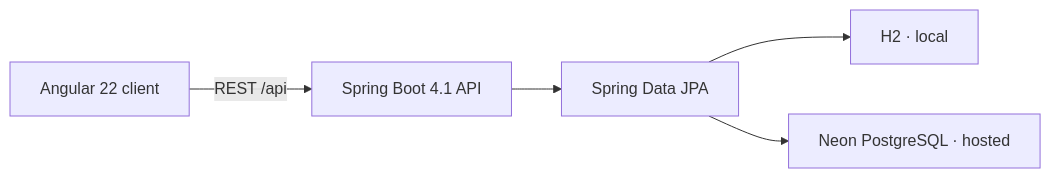
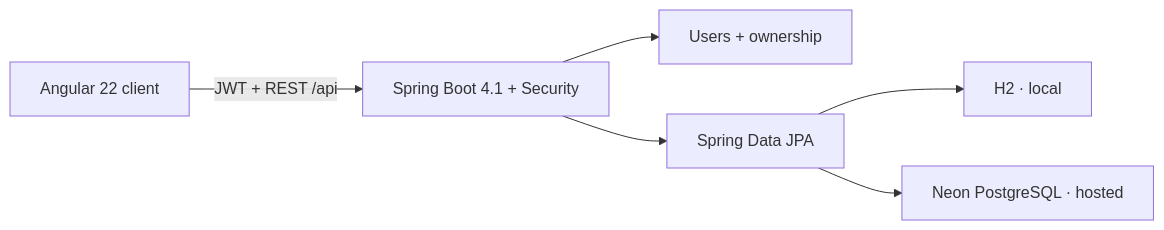
The diagram in README.md (Varaprasad1613/helphive), drawn with Mermaid before and after one commit. The commit also changed other lines of this file and 36 other files, not shown here.

````diff
--- a/README.md
+++ b/README.md
@@ -40,7 +44,8 @@
 ```mermaid
 flowchart LR
-    Browser["Angular 22 client"] -->|REST /api| API["Spring Boot 4.1 API"]
+    Browser["Angular 22 client"] -->|JWT + REST /api| API["Spring Boot 4.1 + Security"]
+    API --> Users["Users + ownership"]
     API --> JPA["Spring Data JPA"]
     JPA --> Local["H2 · local"]
     JPA --> Hosted["Neon PostgreSQL · hosted"]
 ```
````
